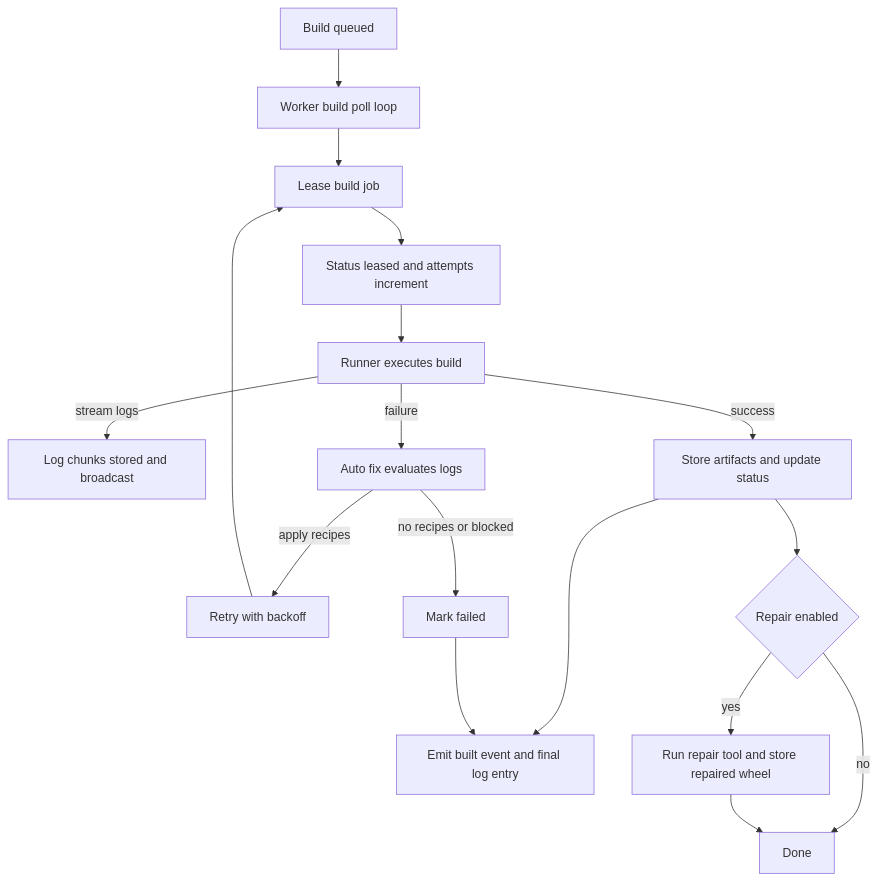
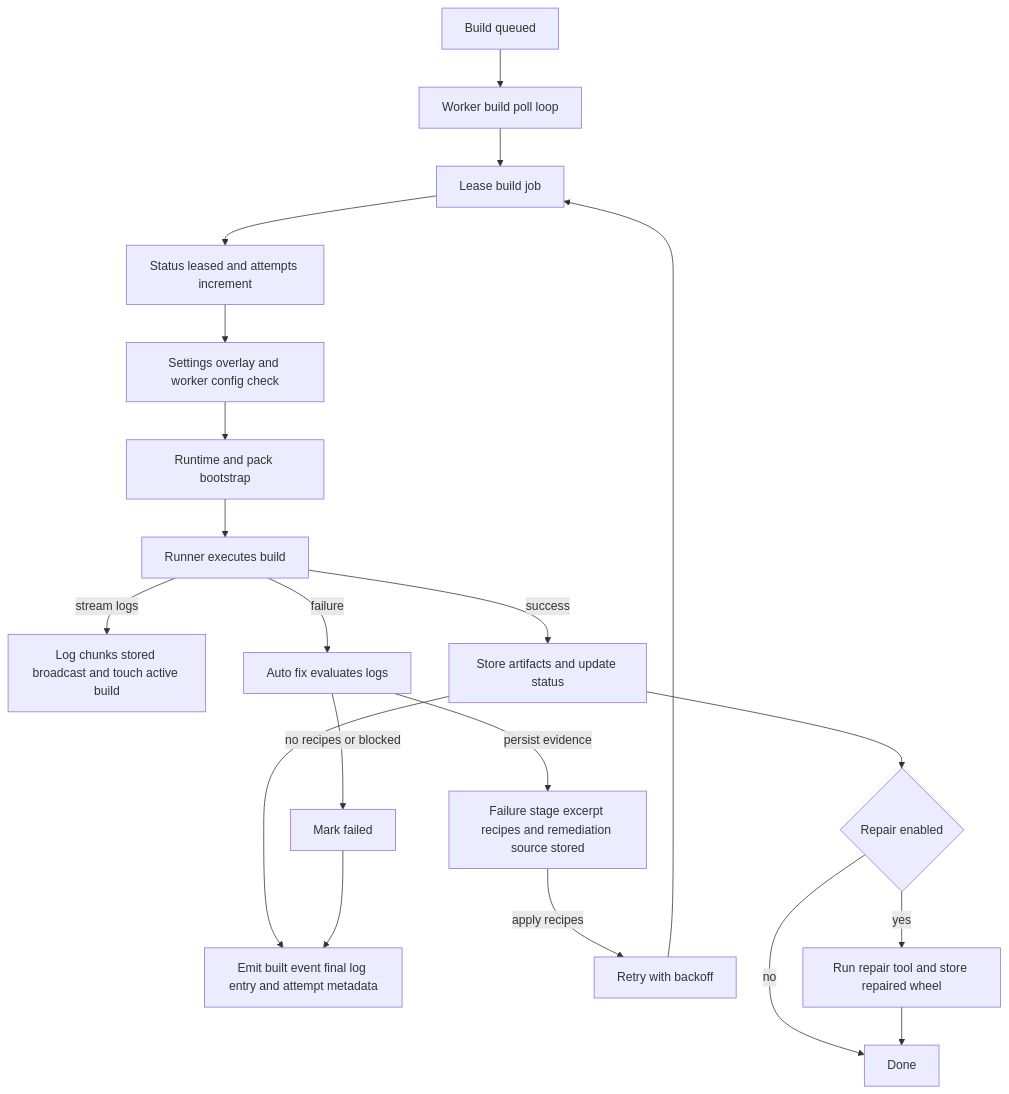
The diagram in docs/diagrams/automatic-build-workflow.mmd (k8ika0s/s390x-wheel-refinery), drawn with Mermaid before and after one commit. The commit also changed 10 other files, not shown here.

```diff
--- a/docs/diagrams/automatic-build-workflow.mmd
+++ b/docs/diagrams/automatic-build-workflow.mmd
@@ -1,17 +1,20 @@
 flowchart TD
   A[Build queued] --> B[Worker build poll loop]
   B --> C[Lease build job]
   C --> D[Status leased and attempts increment]
-  D --> E[Runner executes build]
-  E -->|stream logs| F[Log chunks stored and broadcast]
-  E -->|success| G[Store artifacts and update status]
-  G --> H[Emit built event and final log entry]
-  E -->|failure| I[Auto fix evaluates logs]
-  I -->|apply recipes| J[Retry with backoff]
-  J --> C
-  I -->|no recipes or blocked| K[Mark failed]
-  K --> H
-  G --> L{Repair enabled}
-  L -->|yes| M[Run repair tool and store repaired wheel]
-  L -->|no| N[Done]
-  M --> N
+  D --> E[Settings overlay and worker config check]
+  E --> F[Runtime and pack bootstrap]
+  F --> G[Runner executes build]
+  G -->|stream logs| H[Log chunks stored broadcast and touch active build]
+  G -->|success| I[Store artifacts and update status]
+  I --> J[Emit built event final log entry and attempt metadata]
+  G -->|failure| K[Auto fix evaluates logs]
+  K -->|persist evidence| L[Failure stage excerpt recipes and remediation source stored]
+  L -->|apply recipes| M[Retry with backoff]
+  M --> C
+  K -->|no recipes or blocked| N[Mark failed]
+  N --> J
+  I --> O{Repair enabled}
+  O -->|yes| P[Run repair tool and store repaired wheel]
+  O -->|no| Q[Done]
+  P --> Q
```
